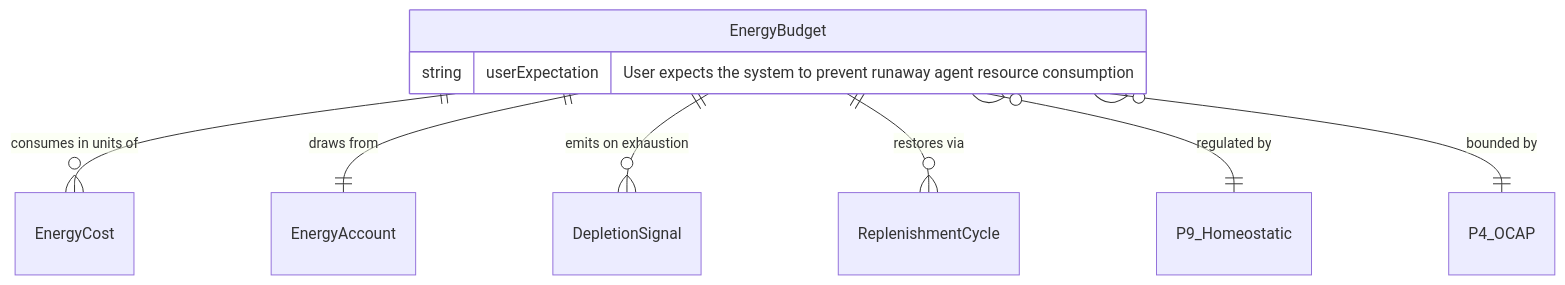
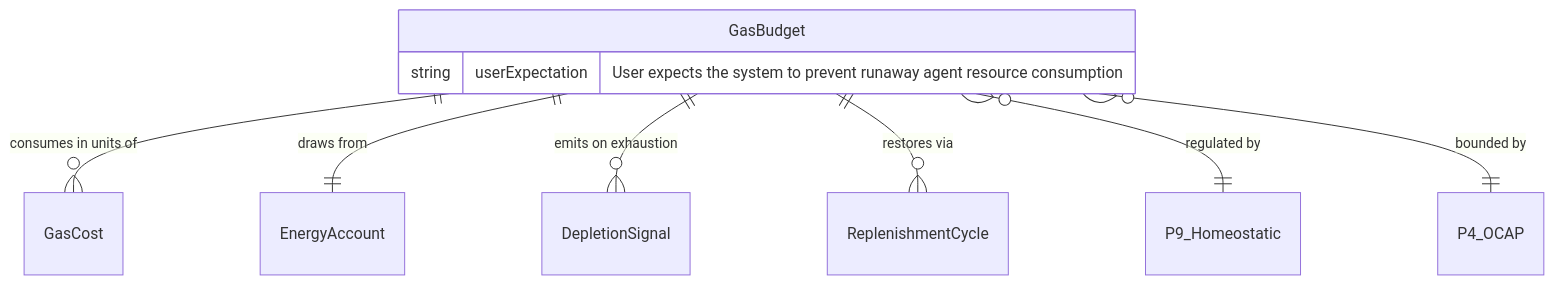
One commit to mdz-axo/hKask changed the third of 14 diagrams in docs/architecture/core/FUNCTIONAL_SPECIFICATION.md. Above: the diagram before and after it, drawn with Mermaid. The commit also changed other lines of this file and 21 other files, not shown here.

Commit message:
Rename EnergyBudget to GasBudget across documentation

````diff
--- a/docs/architecture/core/FUNCTIONAL_SPECIFICATION.md
+++ b/docs/architecture/core/FUNCTIONAL_SPECIFICATION.md
@@ -299,12 +299,12 @@
 ```mermaid
 erDiagram
-    EnergyBudget ||--o{ EnergyCost : "consumes in units of"
-    EnergyBudget ||--|| EnergyAccount : "draws from"
-    EnergyBudget ||--o{ DepletionSignal : "emits on exhaustion"
-    EnergyBudget ||--o{ ReplenishmentCycle : "restores via"
-    EnergyBudget }o--|| P9_Homeostatic : "regulated by"
-    EnergyBudget }o--|| P4_OCAP : "bounded by"
-    EnergyBudget {
+    GasBudget ||--o{ GasCost : "consumes in units of"
+    GasBudget ||--|| EnergyAccount : "draws from"
+    GasBudget ||--o{ DepletionSignal : "emits on exhaustion"
+    GasBudget ||--o{ ReplenishmentCycle : "restores via"
+    GasBudget }o--|| P9_Homeostatic : "regulated by"
+    GasBudget }o--|| P4_OCAP : "bounded by"
+    GasBudget {
         string userExpectation "User expects the system to prevent runaway agent resource consumption"
     }
 ```
````
